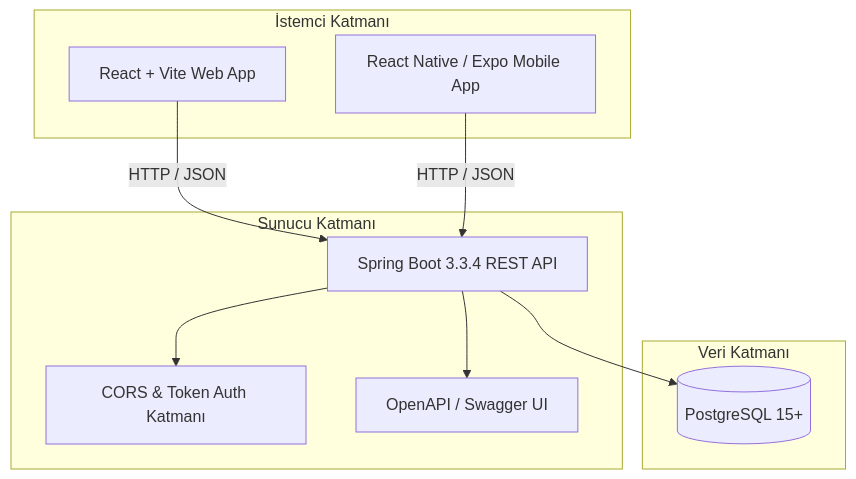
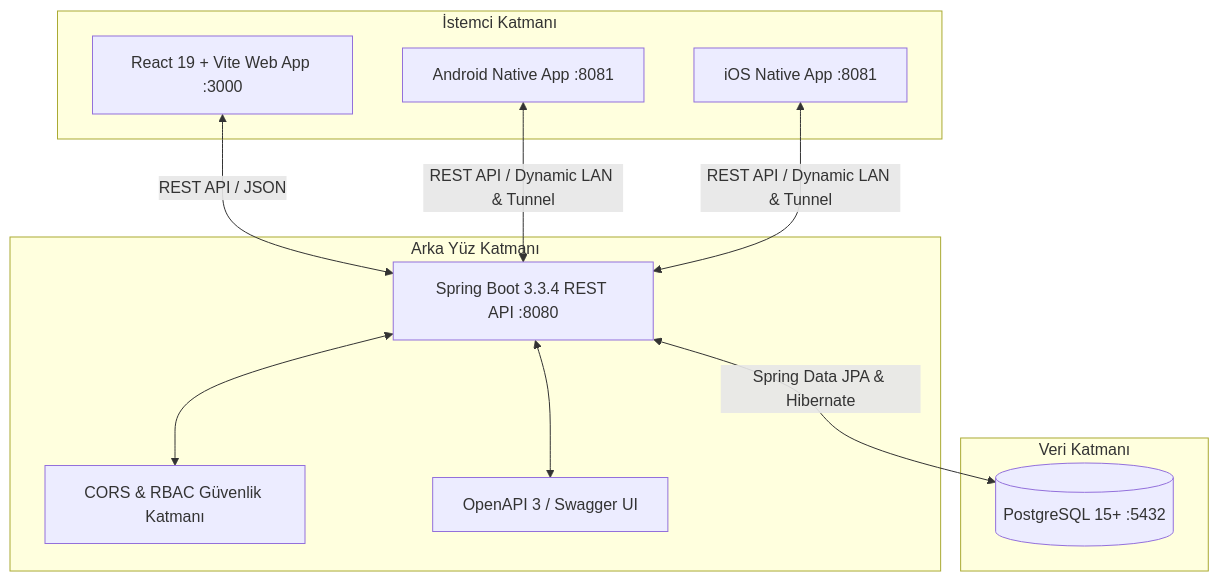
One commit to eco-polarislogs/GastroSync changed the diagram in README.md. Above: the diagram before and after it, drawn with Mermaid. The commit also changed other lines of this file and 1 other file, not shown here.

````diff
--- a/README.md
+++ b/README.md
@@ -58,23 +112,25 @@
 ```mermaid
 graph TD
-    subgraph Frontend [İstemci Katmanı]
-        Web[React + Vite Web App]
-        Mobile[React Native / Expo Mobile App]
+    subgraph Clients [İstemci Katmanı]
+        Web[React 19 + Vite Web App :3000]
+        MobileAndroid[Android Native App :8081]
+        MobileIOS[iOS Native App :8081]
     end
 
-    subgraph Backend [Sunucu Katmanı]
-        API[Spring Boot 3.3.4 REST API]
-        Security[CORS & Token Auth Katmanı]
-        Swagger[OpenAPI / Swagger UI]
+    subgraph Backend [Arka Yüz Katmanı]
+        API[Spring Boot 3.3.4 REST API :8080]
+        Security[CORS & RBAC Güvenlik Katmanı]
+        Swagger[OpenAPI 3 / Swagger UI]
     end
 
     subgraph Database [Veri Katmanı]
-        PG[(PostgreSQL 15+)]
+        PG[(PostgreSQL 15+ :5432)]
     end
 
-    Web -->|HTTP / JSON| API
-    Mobile -->|HTTP / JSON| API
-    API --> Security
-    API --> Swagger
-    API --> PG
+    Web <-->|REST API / JSON| API
+    MobileAndroid <-->|REST API / Dynamic LAN & Tunnel| API
+    MobileIOS <-->|REST API / Dynamic LAN & Tunnel| API
+    API <--> Security
+    API <--> Swagger
+    API <-->|Spring Data JPA & Hibernate| PG
 ```
````
